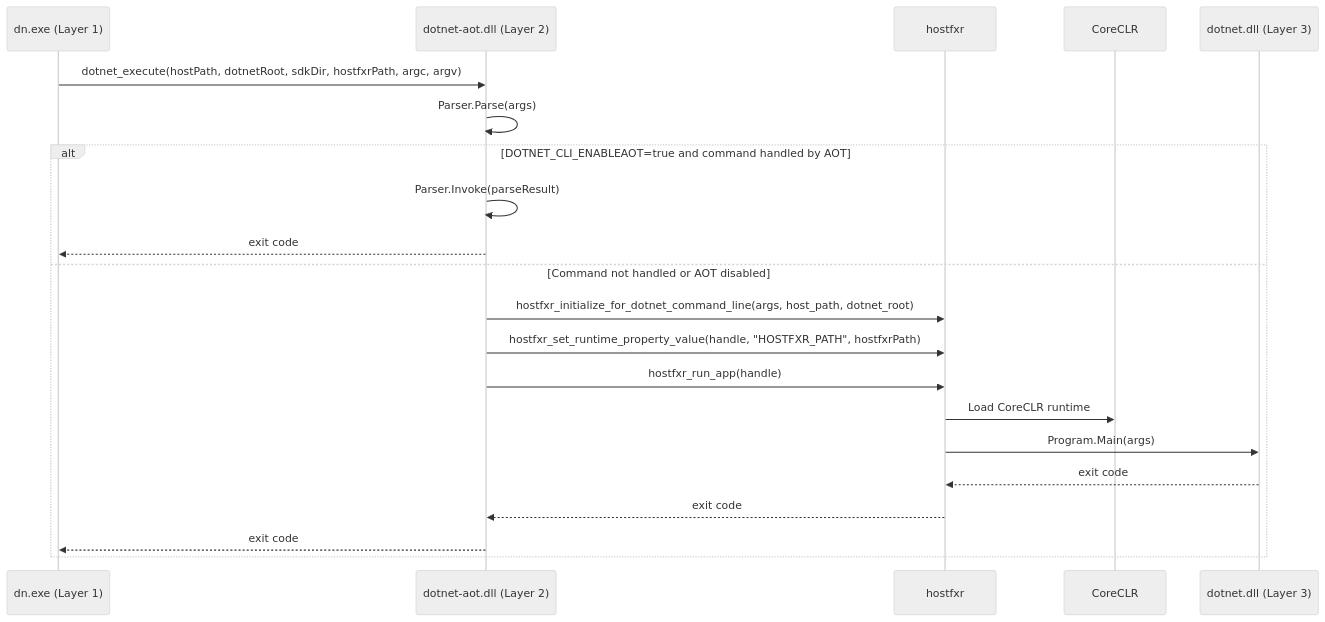
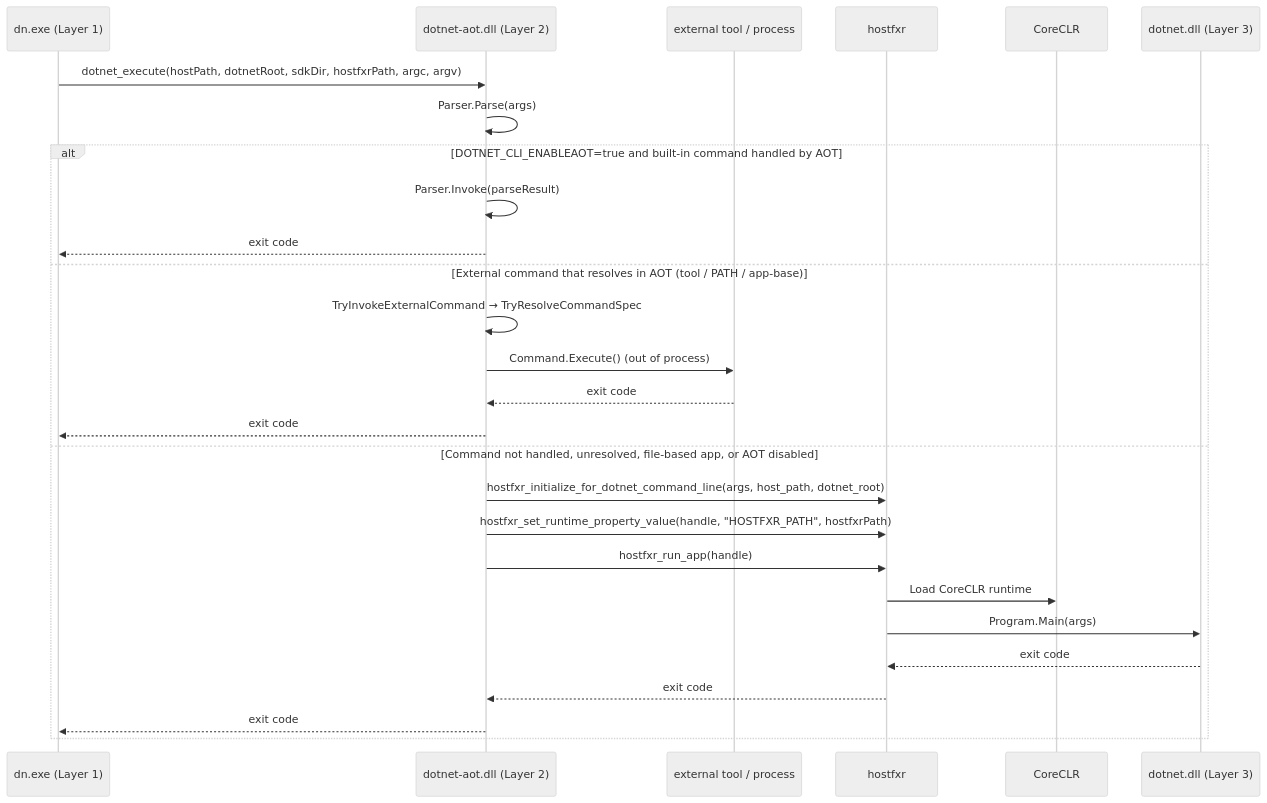
Before and after one commit to dotnet/dotnet: the second of 6 diagrams in src/sdk/src/Cli/dotnet-aot/DESIGN.md, drawn with Mermaid (neutral theme). The commit also changed other lines of this file and 311 other files, not shown here.

Commit message:
Forward flow sdk main

````diff
--- a/src/sdk/src/Cli/dotnet-aot/DESIGN.md
+++ b/src/sdk/src/Cli/dotnet-aot/DESIGN.md
@@ -114,25 +131,31 @@
 ```mermaid
 sequenceDiagram
     participant dn as dn.exe (Layer 1)
     participant aot as dotnet-aot.dll (Layer 2)
+    participant tool as external tool / process
     participant hfxr as hostfxr
     participant clr as CoreCLR
     participant cli as dotnet.dll (Layer 3)
 
     dn->>aot: dotnet_execute(hostPath, dotnetRoot, sdkDir, hostfxrPath, argc, argv)
     aot->>aot: Parser.Parse(args)
 
-    alt DOTNET_CLI_ENABLEAOT=true and command handled by AOT
+    alt DOTNET_CLI_ENABLEAOT=true and built-in command handled by AOT
         aot->>aot: Parser.Invoke(parseResult)
         aot-->>dn: exit code
-    else Command not handled or AOT disabled
+    else External command that resolves in AOT (tool / PATH / app-base)
+        aot->>aot: TryInvokeExternalCommand → TryResolveCommandSpec
+        aot->>tool: Command.Execute() (out of process)
+        tool-->>aot: exit code
+        aot-->>dn: exit code
+    else Command not handled, unresolved, file-based app, or AOT disabled
         aot->>hfxr: hostfxr_initialize_for_dotnet_command_line(args, host_path, dotnet_root)
         aot->>hfxr: hostfxr_set_runtime_property_value(handle, "HOSTFXR_PATH", hostfxrPath)
         aot->>hfxr: hostfxr_run_app(handle)
         hfxr->>clr: Load CoreCLR runtime
         hfxr->>cli: Program.Main(args)
         cli-->>hfxr: exit code
         hfxr-->>aot: exit code
         aot-->>dn: exit code
     end
 ```
````
